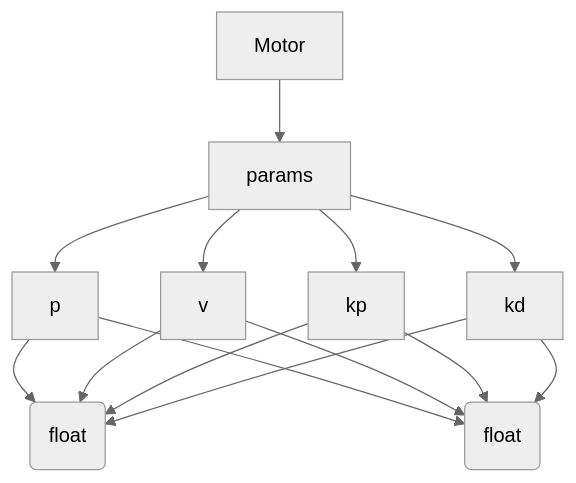
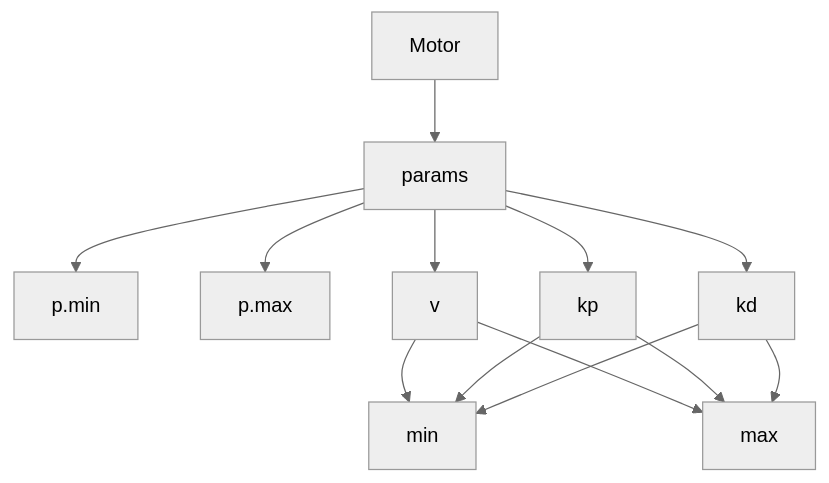
Before and after one commit to NDHANA94/hyperdog.AI-microROS-workspace: the diagram in README.md, drawn with Mermaid (neutral theme).

````diff
--- a/README.md
+++ b/README.md
@@ -13,17 +13,16 @@
 ```mermaid
 graph TD;
     Motor-->params;
-    params-->p;
-    p-->min(float);
-    p-->max(float);
+    params-->p.min;
+    params-->p.max;
     params-->v;
-    v-->min(float);
-    v-->max(float);
+    v-->min;
+    v-->max;
     params-->kp;
-    kp-->min(float);
-    kp-->max(float);
+    kp-->min;
+    kp-->max;
     params-->kd;
-    kd-->min(float);
-    kd-->max(float);
+    kd-->min;
+    kd-->max;
     ;
 ```
````
